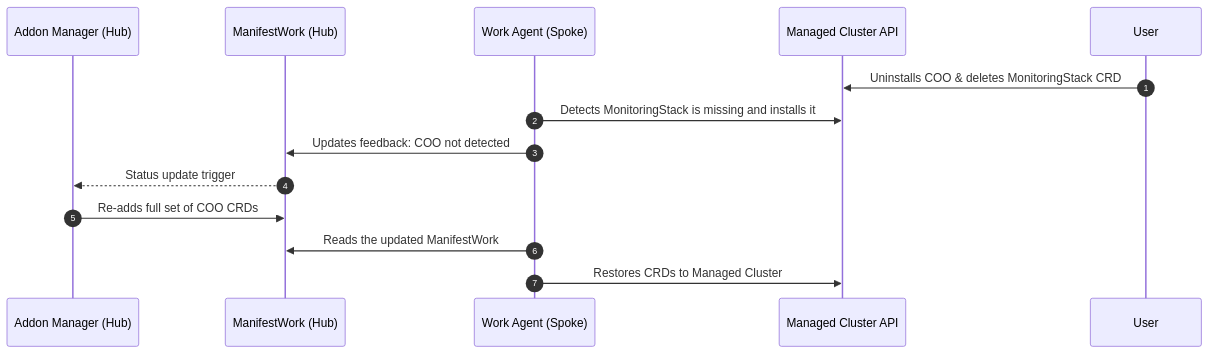
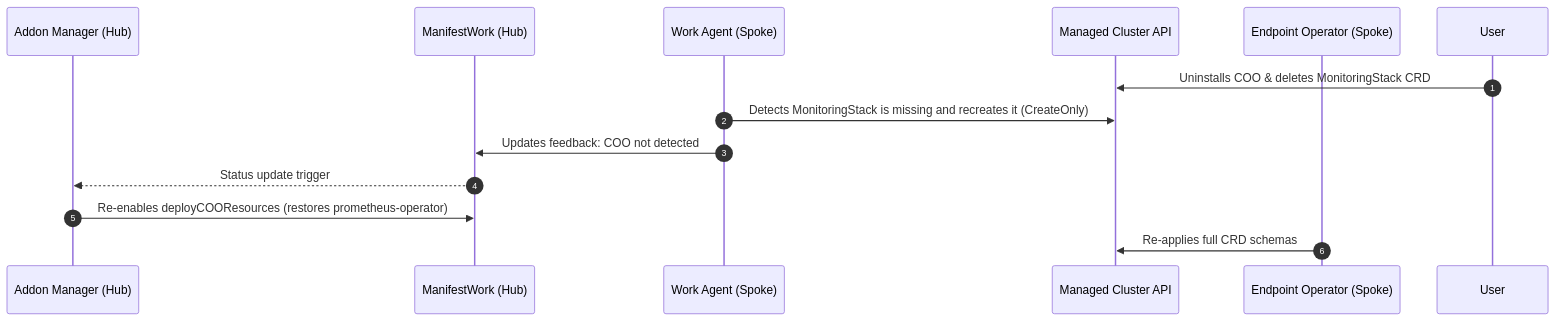
The third of 3 diagrams in internal/metrics/README.md (stolostron/multicluster-observability-addon), drawn with Mermaid before and after one commit. The commit also changed other lines of this file and 13 other files, not shown here.

````diff
--- a/internal/metrics/README.md
+++ b/internal/metrics/README.md
@@ -110,17 +141,17 @@
 ```mermaid
 sequenceDiagram
     autonumber
     participant AddonManager as Addon Manager (Hub)
     participant ManifestWork as ManifestWork (Hub)
     participant WorkAgent as Work Agent (Spoke)
     participant ManagedCluster as Managed Cluster API
+    participant EndpointOp as Endpoint Operator (Spoke)
     participant User
 
     User->>ManagedCluster: Uninstalls COO & deletes MonitoringStack CRD
-    WorkAgent->>ManagedCluster: Detects MonitoringStack is missing and installs it
-    WorkAgent->>ManifestWork: Updates feedback: COO not detected 
+    WorkAgent->>ManagedCluster: Detects MonitoringStack is missing and recreates it (CreateOnly)
+    WorkAgent->>ManifestWork: Updates feedback: COO not detected
     ManifestWork-->>AddonManager: Status update trigger
-    AddonManager->>ManifestWork: Re-adds full set of COO CRDs
-    WorkAgent->>ManifestWork: Reads the updated ManifestWork
-    WorkAgent->>ManagedCluster: Restores CRDs to Managed Cluster
+    AddonManager->>ManifestWork: Re-enables deployCOOResources (restores prometheus-operator)
+    EndpointOp->>ManagedCluster: Re-applies full CRD schemas
 ```
````
